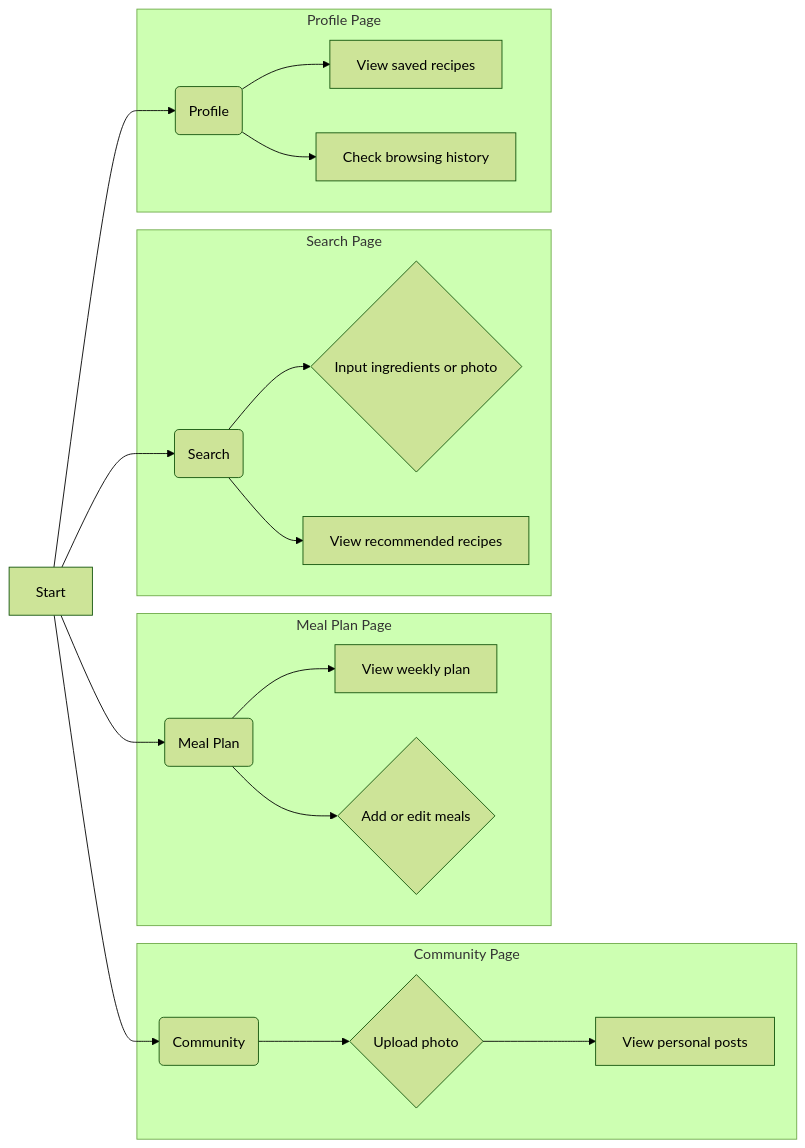
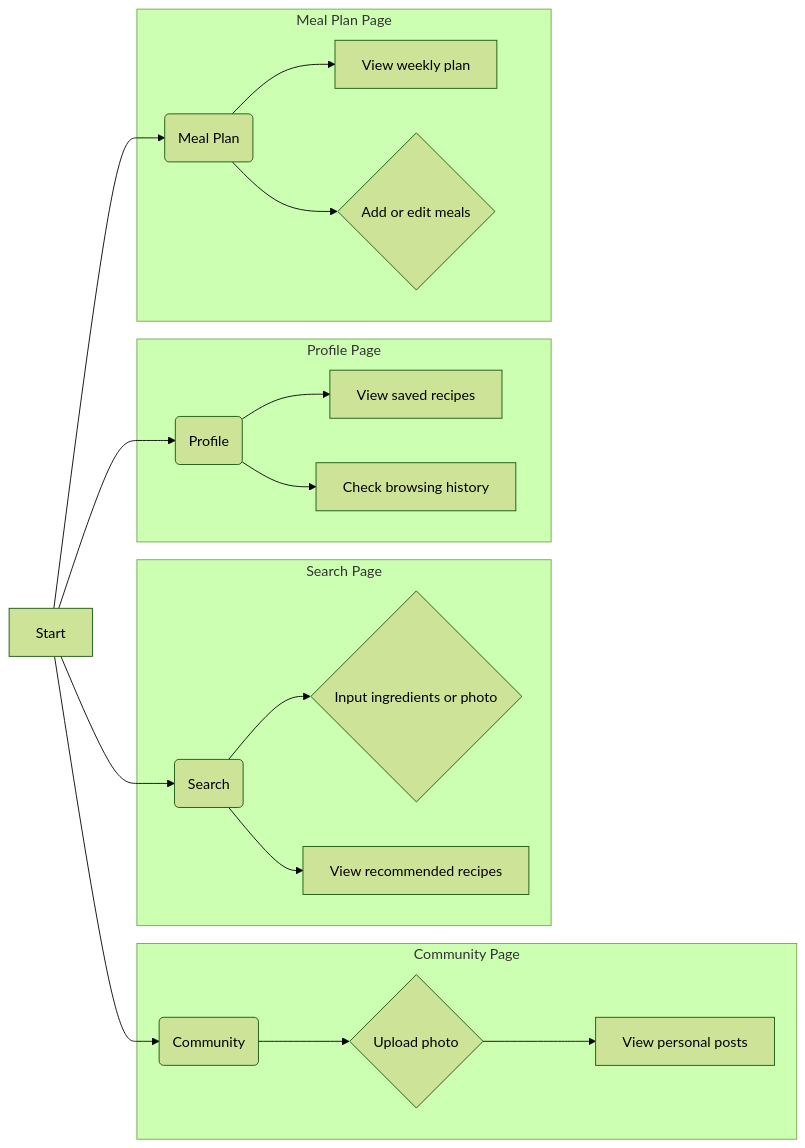
One commit to seven8301/iodraw-files changed the diagram in all/未命名-2.md. Above: the diagram before and after it, drawn with Mermaid (forest theme).

Commit message:
2025-04-09 19:22:05 update

````diff
--- a/all/未命名-2.md
+++ b/all/未命名-2.md
@@ -1,29 +1,30 @@
 ```mermaid
 graph LR
     A[Start] --> B(Search);
     A --> C(Community);
     A --> D(Meal Plan);
     A --> E(Profile);
     
    
 
     subgraph "Community Page"
         C --> H{Upload photo};
         H --> I[View personal posts];
     end
     
-    subgraph "Meal Plan Page"
-        D --> J[View weekly plan];
-        D --> K{Add or edit meals};
-    end
+  
     
     
      subgraph "Search Page"
         B --> F{Input ingredients or photo};
         B --> G[View recommended recipes];
     end
     subgraph "Profile Page"
         E --> L[View saved recipes];
         E --> M[Check browsing history];
     end
+      subgraph "Meal Plan Page"
+        D --> J[View weekly plan];
+        D --> K{Add or edit meals};
+    end
 ```
````
